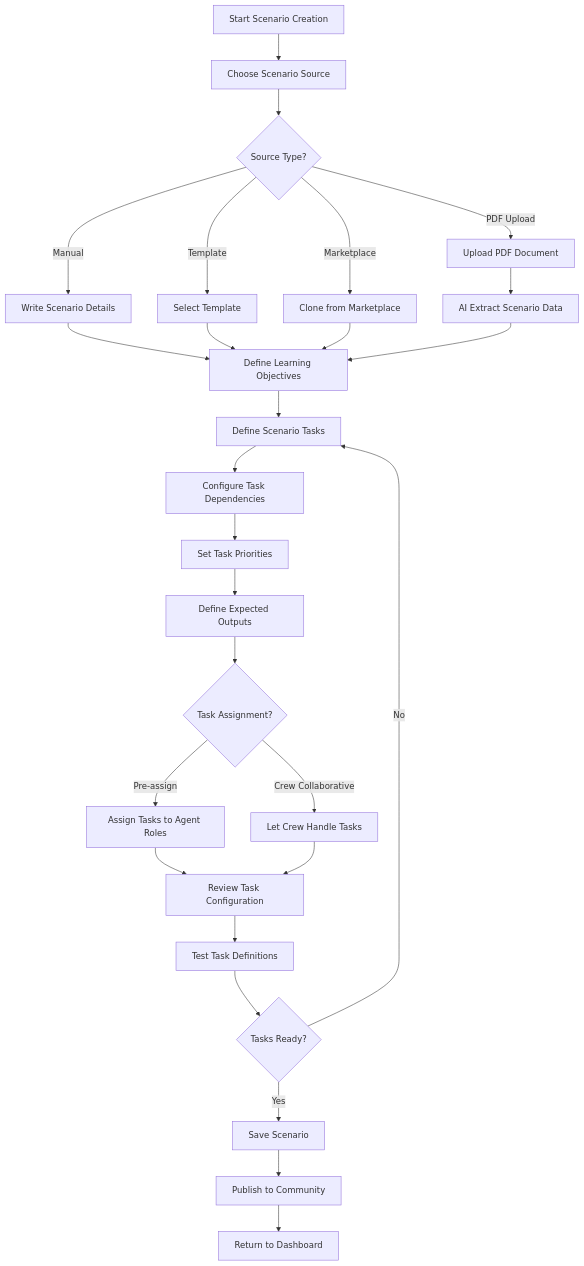
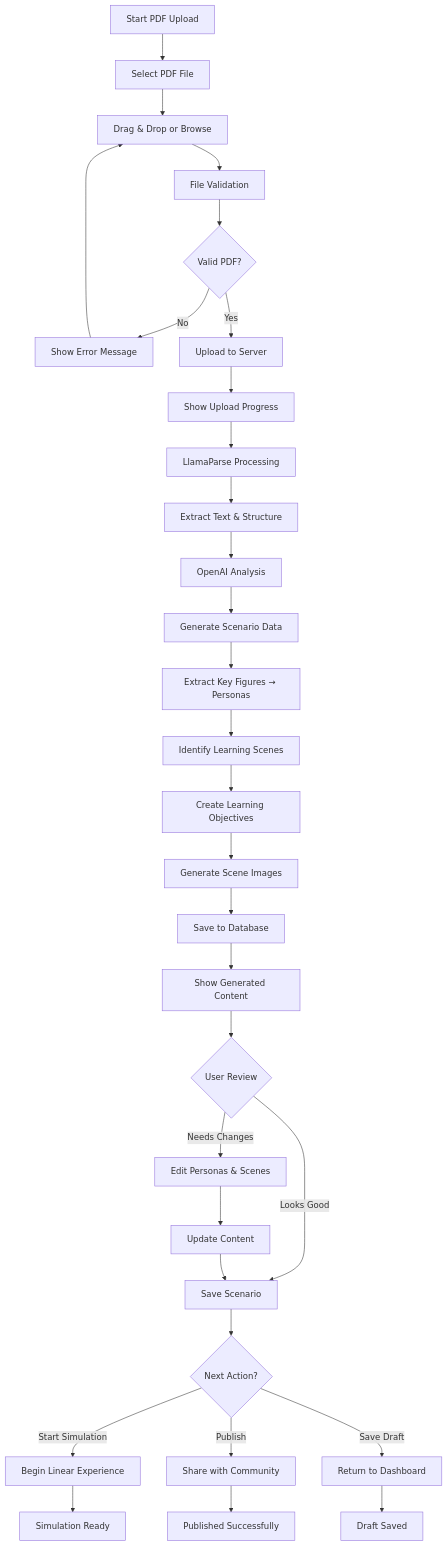
Before and after one commit to Sbcoit/forked-ai-agent-education-platform: the third of 18 diagrams in backend/docs/architecture/user-workflow.md, drawn with Mermaid. The commit also changed other lines of this file and 5 other files, not shown here.

````diff
--- a/backend/docs/architecture/user-workflow.md
+++ b/backend/docs/architecture/user-workflow.md
@@ -217,32 +144,38 @@
 ```mermaid
 flowchart TD
-    A[Start Scenario Creation] --> B[Choose Scenario Source]
-    B --> C{Source Type?}
-    C -->|Manual| D[Write Scenario Details]
-    C -->|PDF Upload| E[Upload PDF Document]
-    C -->|Template| F[Select Template]
-    C -->|Marketplace| G[Clone from Marketplace]
+    A[Start PDF Upload] --> B[Select PDF File]
+    B --> C[Drag & Drop or Browse]
+    C --> D[File Validation]
+    D --> E{Valid PDF?}
+    E -->|No| F[Show Error Message]
+    E -->|Yes| G[Upload to Server]
     
-    D --> H[Define Learning Objectives]
-    E --> I[AI Extract Scenario Data]
-    F --> H
-    G --> H
+    F --> C
+    G --> H[Show Upload Progress]
+    H --> I[LlamaParse Processing]
+    I --> J[Extract Text & Structure]
+    J --> K[OpenAI Analysis]
+    K --> L[Generate Scenario Data]
     
-    I --> H
-    H --> J[Define Scenario Tasks]
-    J --> K[Configure Task Dependencies]
-    K --> L[Set Task Priorities]
-    L --> M[Define Expected Outputs]
-    M --> N{Task Assignment?}
-    N -->|Pre-assign| O[Assign Tasks to Agent Roles]
-    N -->|Crew Collaborative| P[Let Crew Handle Tasks]
+    L --> M[Extract Key Figures → Personas]
+    M --> N[Identify Learning Scenes]
+    N --> O[Create Learning Objectives]
+    O --> P[Generate Scene Images]
+    P --> Q[Save to Database]
     
-    O --> Q[Review Task Configuration]
-    P --> Q
-    Q --> R[Test Task Definitions]
-    R --> S{Tasks Ready?}
-    S -->|No| J
-    S -->|Yes| T[Save Scenario]
-    T --> U[Publish to Community]
-    U --> V[Return to Dashboard]
+    Q --> R[Show Generated Content]
+    R --> S{User Review}
+    S -->|Needs Changes| T[Edit Personas & Scenes]
+    S -->|Looks Good| U[Save Scenario]
+    
+    T --> V[Update Content]
+    V --> U
+    U --> W{Next Action?}
+    W -->|Start Simulation| X[Begin Linear Experience]
+    W -->|Publish| Y[Share with Community]
+    W -->|Save Draft| Z[Return to Dashboard]
+    
+    X --> AA[Simulation Ready]
+    Y --> BB[Published Successfully]
+    Z --> CC[Draft Saved]
 ```
````
